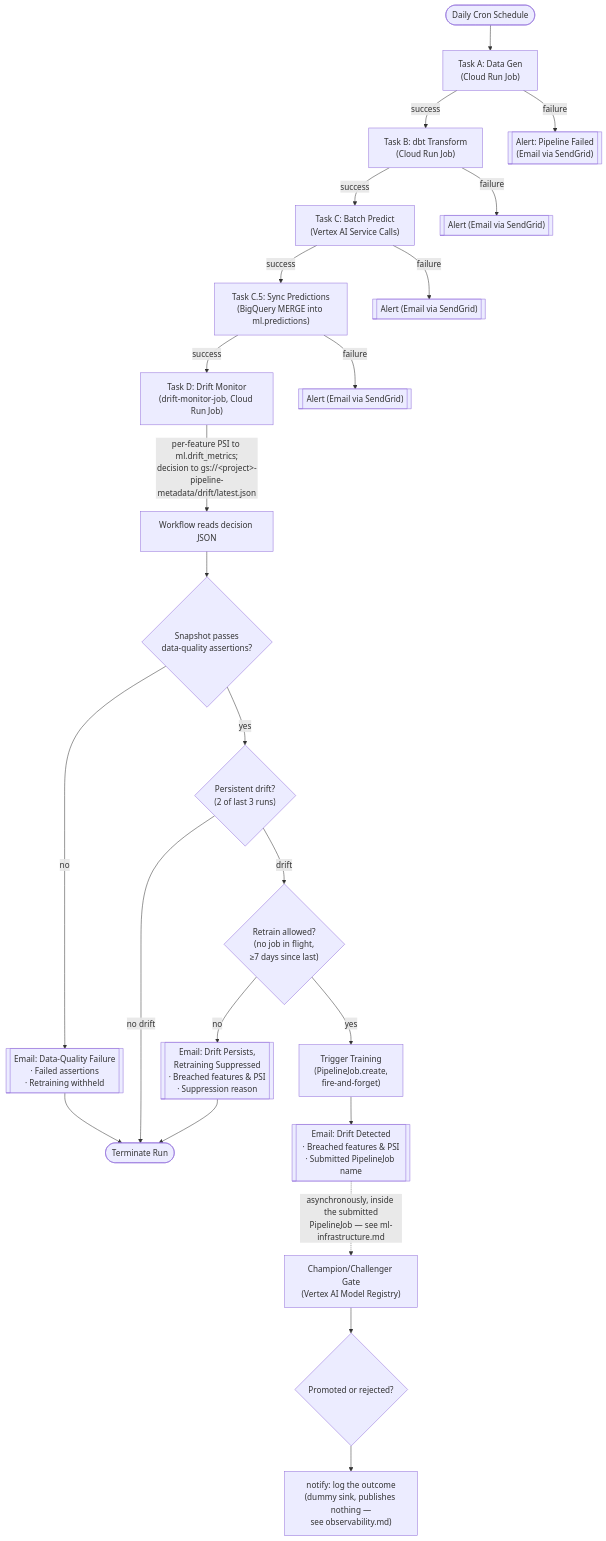
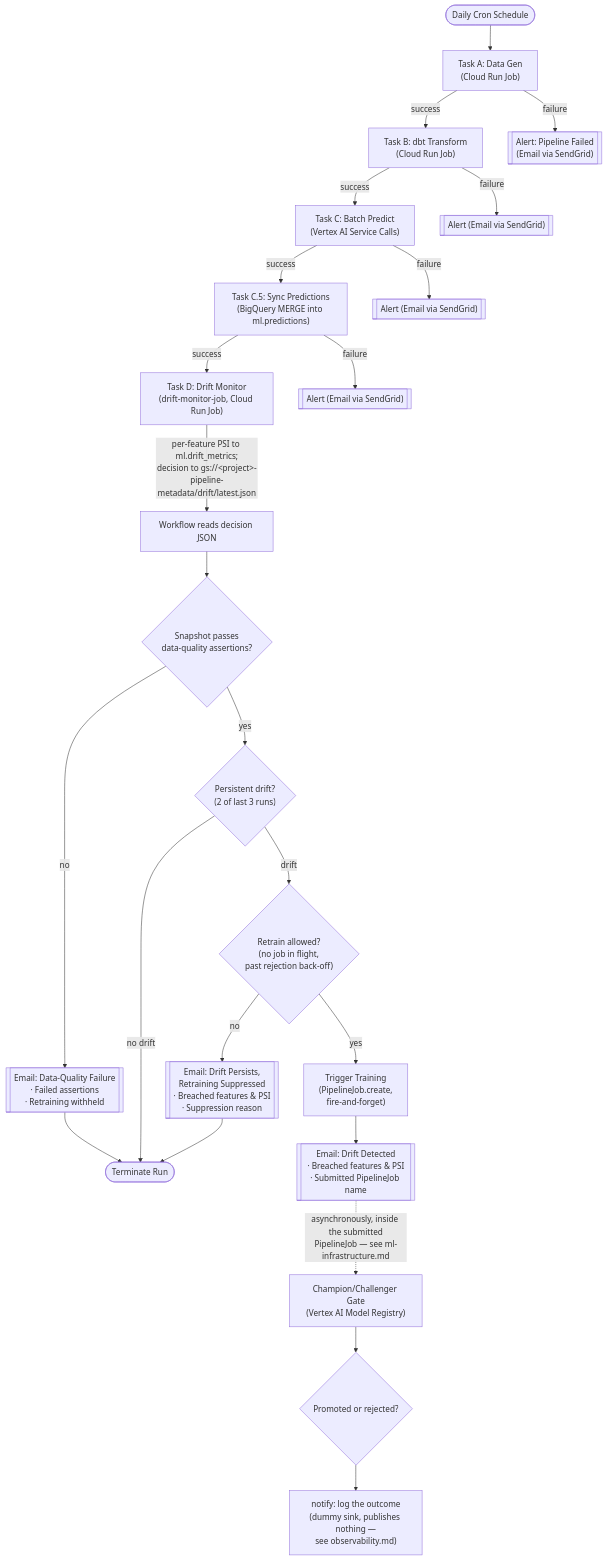
Before and after one commit to marcopellegrinoit/gcp-mlops-customer-churn: the diagram in docs/orchestration.md, drawn with Mermaid. The commit also changed other lines of this file and 2 other files, not shown here.

````diff
--- a/docs/orchestration.md
+++ b/docs/orchestration.md
@@ -38,38 +38,38 @@
 ```mermaid
 flowchart TD
     START([Daily Cron Schedule]) --> A["Task A: Data Gen<br/>(Cloud Run Job)"]
 
     A -->|success| B["Task B: dbt Transform<br/>(Cloud Run Job)"]
     A -->|failure| ALERT_A[["Alert: Pipeline Failed<br/>(Email via SendGrid)"]]
 
     B -->|success| C["Task C: Batch Predict<br/>(Vertex AI Service Calls)"]
     B -->|failure| ALERT_B[["Alert (Email via SendGrid)"]]
 
     C -->|success| SYNC["Task C.5: Sync Predictions<br/>(BigQuery MERGE into ml.predictions)"]
     C -->|failure| ALERT_C[["Alert (Email via SendGrid)"]]
 
     SYNC -->|success| D["Task D: Drift Monitor<br/>(drift-monitor-job, Cloud Run Job)"]
     SYNC -->|failure| ALERT_SYNC[["Alert (Email via SendGrid)"]]
 
     D -->|"per-feature PSI to ml.drift_metrics;<br/>decision to gs://&lt;project&gt;-pipeline-metadata/drift/latest.json"| READ[Workflow reads decision JSON]
     READ --> DQ{"Snapshot passes<br/>data-quality assertions?"}
 
     DQ -->|no| ALERT_DQ[["Email: Data-Quality Failure<br/>· Failed assertions<br/>· Retraining withheld"]]
     ALERT_DQ --> TERM
 
     DQ -->|yes| DRIFT{"Persistent drift?<br/>(2 of last 3 runs)"}
 
-    DRIFT -->|drift| GUARD{"Retrain allowed?<br/>(no job in flight,<br/>≥7 days since last)"}
+    DRIFT -->|drift| GUARD{"Retrain allowed?<br/>(no job in flight,<br/>past rejection back-off)"}
     DRIFT -->|no drift| TERM([Terminate Run])
 
     GUARD -->|yes| TRAIN["Trigger Training<br/>(PipelineJob.create,<br/>fire-and-forget)"]
     GUARD -->|no| SUPPRESS[["Email: Drift Persists,<br/>Retraining Suppressed<br/>· Breached features & PSI<br/>· Suppression reason"]]
 
     SUPPRESS --> TERM
 
     TRAIN --> EMAIL[["Email: Drift Detected<br/>· Breached features & PSI<br/>· Submitted PipelineJob name"]]
 
     EMAIL -.->|"asynchronously, inside the submitted<br/>PipelineJob — see ml-infrastructure.md"| GATE["Champion/Challenger Gate<br/>(Vertex AI Model Registry)"]
     GATE --> PROMO{Promoted or rejected?}
     PROMO --> NOTIFY["notify: log the outcome<br/>(dummy sink, publishes nothing —<br/>see observability.md)"]
 ```
````
